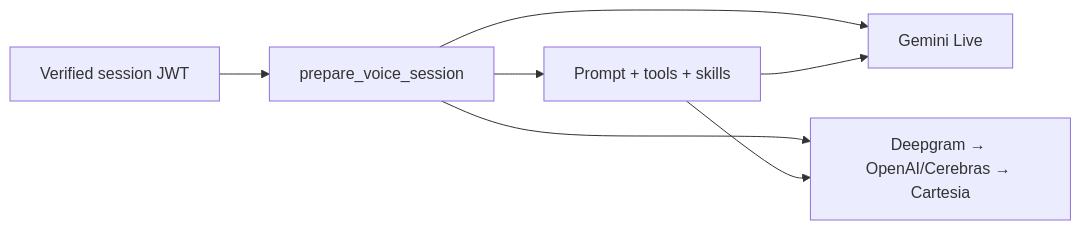
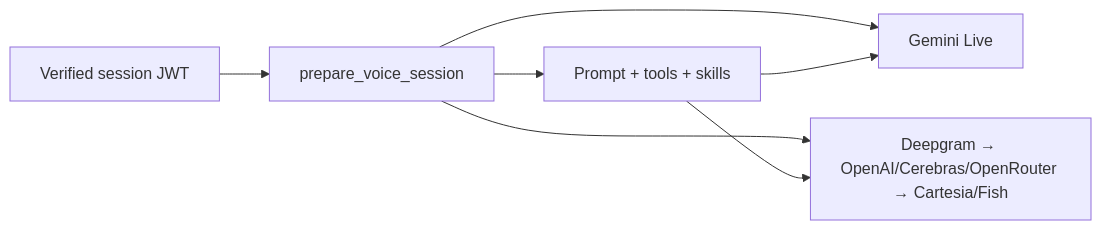
Before and after one commit to gauravdhiman/a1-voice-agent-platform: the diagram in docs/03_implementation/voice_ws_phase3.md, drawn with Mermaid. The commit also changed other lines of this file and 26 other files, not shown here.

First line of the commit message:
feat(voice-ws): add OpenRouter/Fish pipeline path and stop Gemma thinking speech

````diff
--- a/docs/03_implementation/voice_ws_phase3.md
+++ b/docs/03_implementation/voice_ws_phase3.md
@@ -12,9 +12,9 @@
 ```mermaid
 flowchart LR
   JWT[Verified session JWT] --> Setup[prepare_voice_session]
   Setup --> Prompt[Prompt + tools + skills]
   Setup --> Realtime[Gemini Live]
-  Setup --> Pipeline[Deepgram → OpenAI/Cerebras → Cartesia]
+  Setup --> Pipeline[Deepgram → OpenAI/Cerebras/OpenRouter → Cartesia/Fish]
   Prompt --> Realtime
   Prompt --> Pipeline
 ```
````
